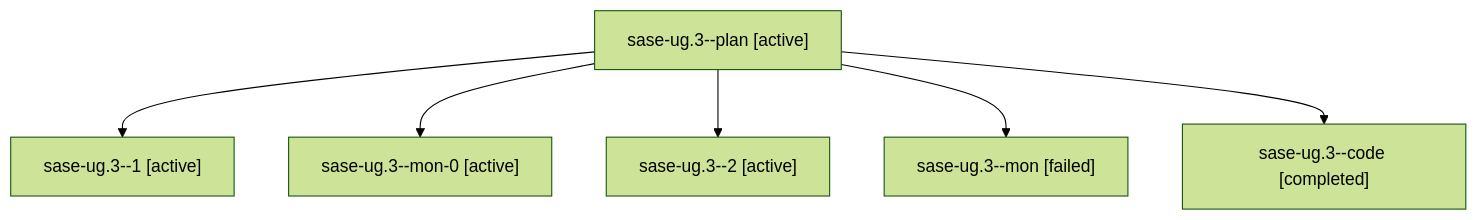
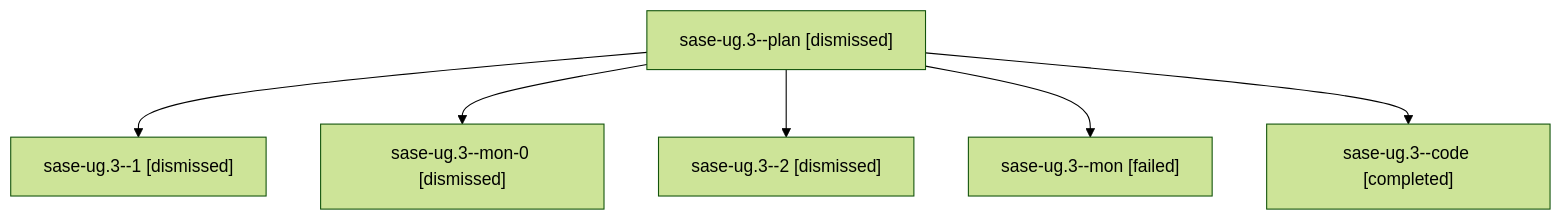
Before and after one commit to sase-org/sase--agents: the diagram in sessions/bbugyi200.athena.sase-ug.3.md, drawn with Mermaid (forest theme). The commit also changed other lines of this file and 380 other files, not shown here.

````diff
--- a/sessions/bbugyi200.athena.sase-ug.3.md
+++ b/sessions/bbugyi200.athena.sase-ug.3.md
@@ -9,14 +9,14 @@
 ```mermaid
 flowchart TD
-  n0["sase-ug.3--plan [active]"]
-  n1["sase-ug.3--1 [active]"]
+  n0["sase-ug.3--plan [dismissed]"]
+  n1["sase-ug.3--1 [dismissed]"]
   n0 --> n1
-  n2["sase-ug.3--mon-0 [active]"]
+  n2["sase-ug.3--mon-0 [dismissed]"]
   n0 --> n2
-  n3["sase-ug.3--2 [active]"]
+  n3["sase-ug.3--2 [dismissed]"]
   n0 --> n3
   n4["sase-ug.3--mon [failed]"]
   n0 --> n4
   n5["sase-ug.3--code [completed]"]
   n0 --> n5
 ```
````
